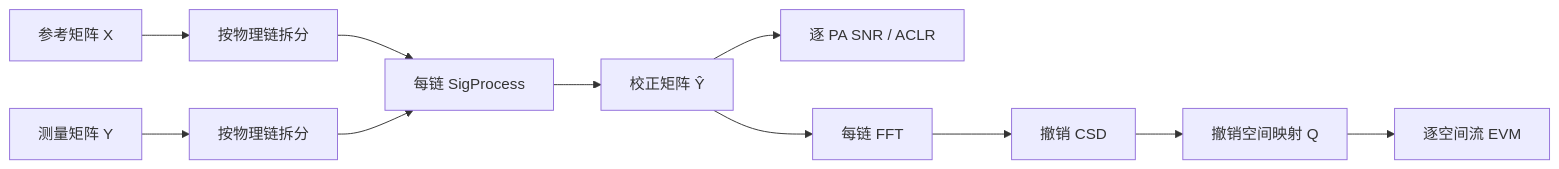
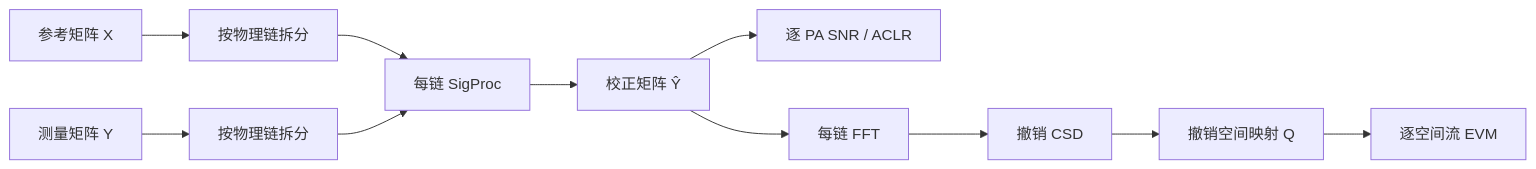
The ninth of 9 diagrams in doc/Analysis.md (niyilu45/DPD_ILC), drawn with Mermaid before and after one commit. The commit also changed other lines of this file and 19 other files, not shown here.

````diff
--- a/doc/Analysis.md
+++ b/doc/Analysis.md
@@ -1142,13 +1142,13 @@
 ```mermaid
 flowchart LR
     reference["参考矩阵 X"] --> splitRef["按物理链拆分"]
     measured["测量矩阵 Y"] --> splitMeas["按物理链拆分"]
-    splitRef --> sync["每链 SigProcess"]
+    splitRef --> sync["每链 SigProc"]
     splitMeas --> sync
     sync --> corrected["校正矩阵 Ŷ"]
     corrected --> chainMetrics["逐 PA SNR / ACLR"]
     corrected --> fft["每链 FFT"]
     fft --> undoCsd["撤销 CSD"]
     undoCsd --> undoQ["撤销空间映射 Q"]
     undoQ --> streamMetrics["逐空间流 EVM"]
 ```
````
